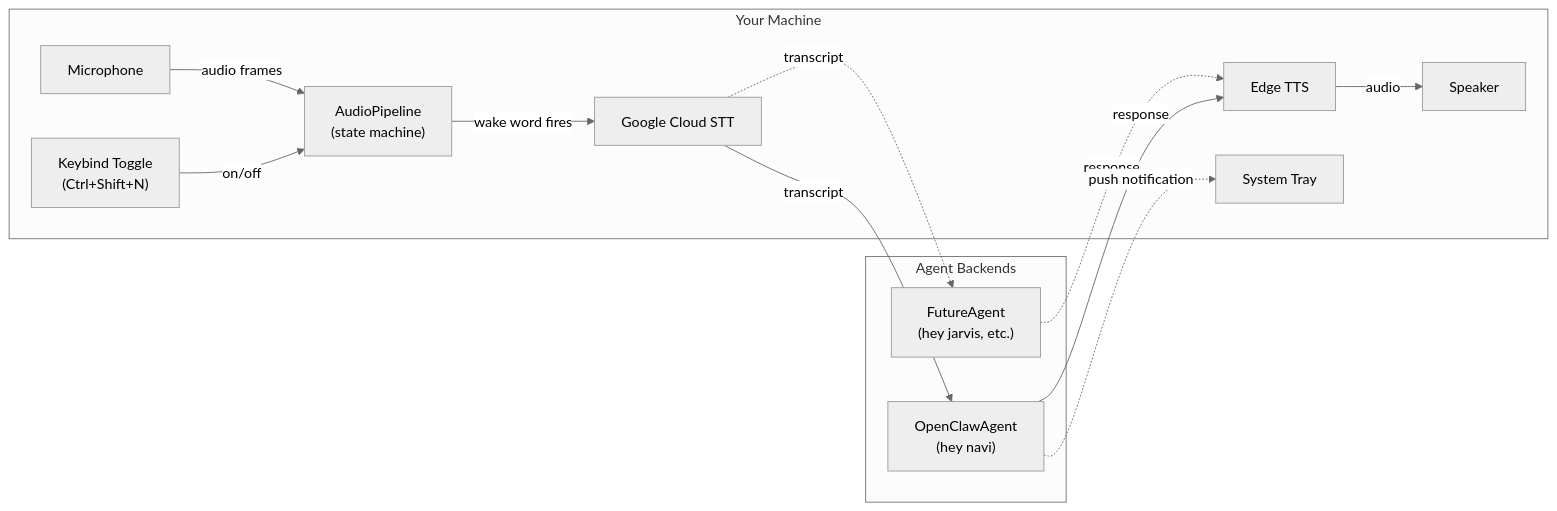
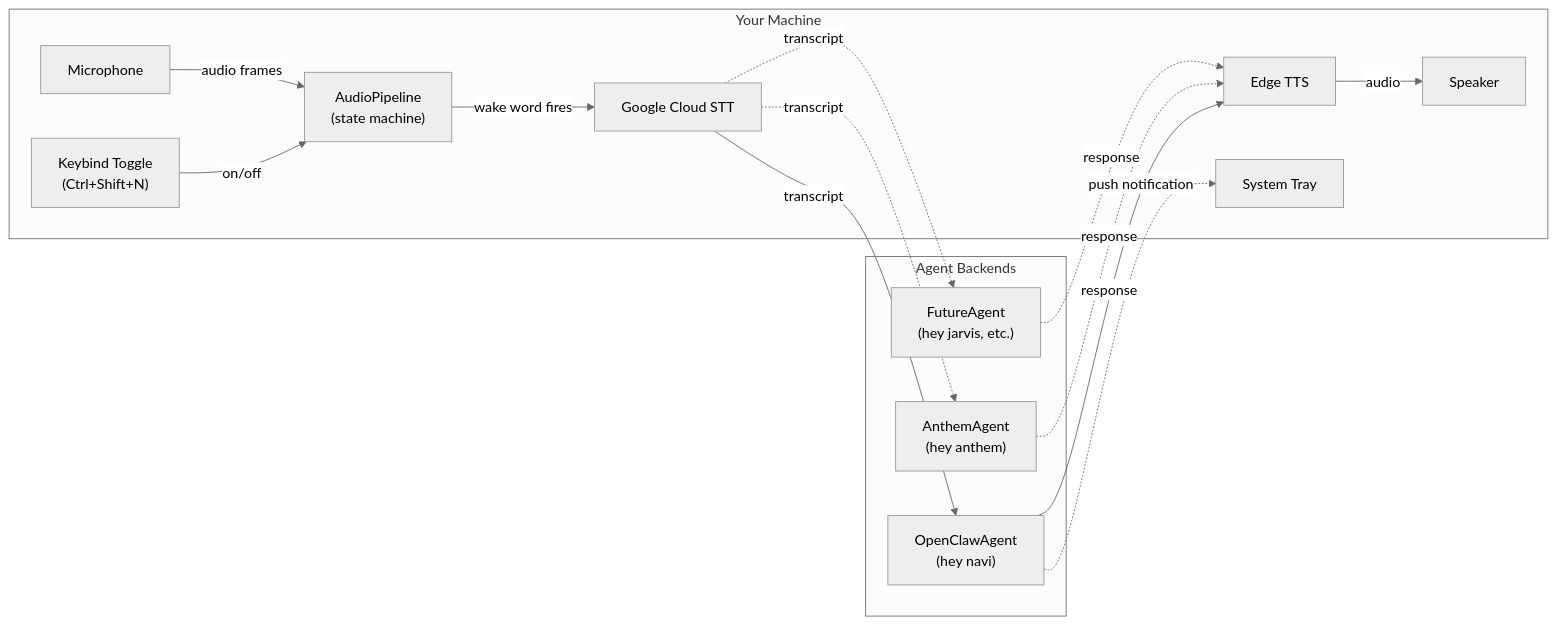
The first of 2 diagrams in README.md (rauriemo/dispatch), drawn with Mermaid (neutral theme) before and after one commit. The commit also changed other lines of this file and 5 other files, not shown here.

First line of the commit message:
Add AnthemAgent for Anthem orchestrator integration

````diff
--- a/README.md
+++ b/README.md
@@ -53,27 +53,30 @@
 ```mermaid
 flowchart LR
   subgraph local ["Your Machine"]
     Hotkey["Keybind Toggle\n(Ctrl+Shift+N)"]
     Mic["Microphone"]
     Pipeline["AudioPipeline\n(state machine)"]
     STT["Google Cloud STT"]
     TTS["Edge TTS"]
     Speaker["Speaker"]
     Tray["System Tray"]
   end
 
   subgraph agents ["Agent Backends"]
     Navi["OpenClawAgent\n(hey navi)"]
+    Anthem["AnthemAgent\n(hey anthem)"]
     Future["FutureAgent\n(hey jarvis, etc.)"]
   end
 
   Hotkey -->|"on/off"| Pipeline
   Mic -->|"audio frames"| Pipeline
   Pipeline -->|"wake word fires"| STT
   STT -->|"transcript"| Navi
+  STT -.->|"transcript"| Anthem
   STT -.->|"transcript"| Future
   Navi -->|"response"| TTS
+  Anthem -.->|"response"| TTS
   Future -.->|"response"| TTS
   TTS -->|"audio"| Speaker
   Navi -.->|"push notification"| Tray
 ```
````
